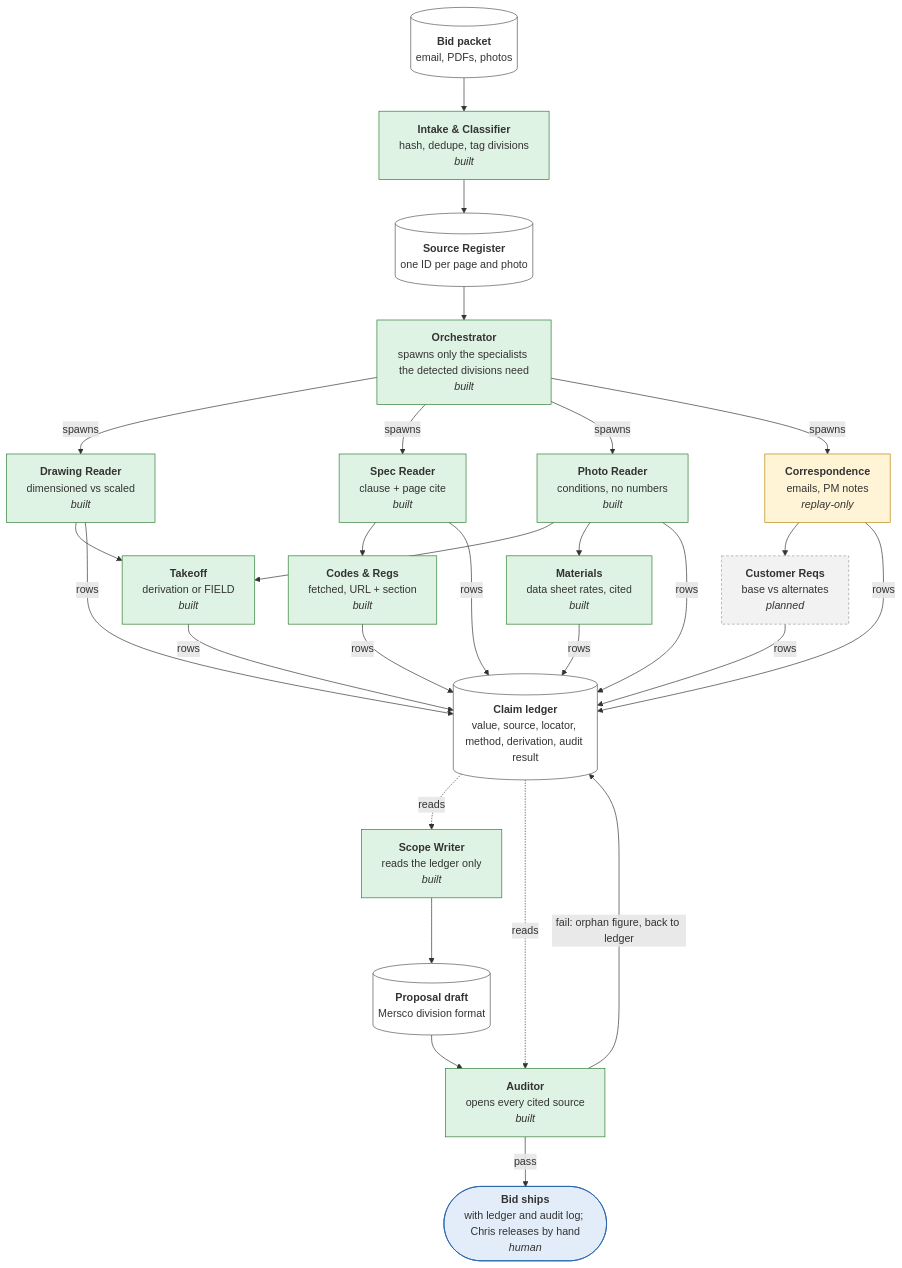
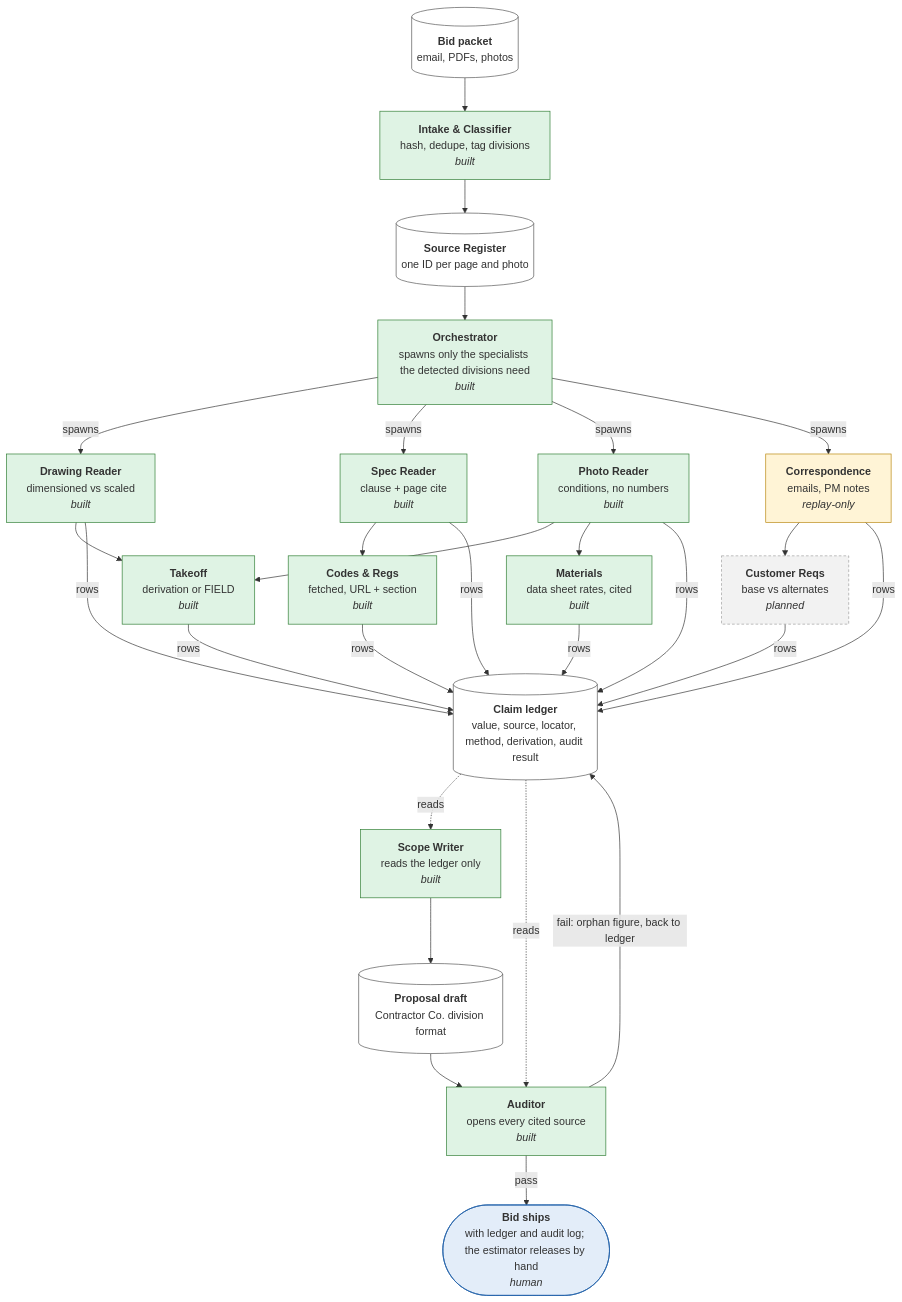
One commit to ScottyN000/ChrisBids changed the diagram in docs/pipeline-dag.md. Above: the diagram before and after it, drawn with Mermaid. The commit also changed other lines of this file and 53 other files, not shown here.

````diff
--- a/docs/pipeline-dag.md
+++ b/docs/pipeline-dag.md
@@ -9,56 +9,56 @@
 ```mermaid
 flowchart TD
     packet[("<b>Bid packet</b><br/>email, PDFs, photos")]
     intake["<b>Intake & Classifier</b><br/>hash, dedupe, tag divisions<br/><i>built</i>"]
     register[("<b>Source Register</b><br/>one ID per page and photo")]
     orchestrator["<b>Orchestrator</b><br/>spawns only the specialists the detected divisions need<br/><i>built</i>"]
     drawing["<b>Drawing Reader</b><br/>dimensioned vs scaled<br/><i>built</i>"]
     spec["<b>Spec Reader</b><br/>clause + page cite<br/><i>built</i>"]
     photo["<b>Photo Reader</b><br/>conditions, no numbers<br/><i>built</i>"]
     correspondence["<b>Correspondence</b><br/>emails, PM notes<br/><i>replay-only</i>"]
     takeoff["<b>Takeoff</b><br/>derivation or FIELD<br/><i>built</i>"]
     codes["<b>Codes & Regs</b><br/>fetched, URL + section<br/><i>built</i>"]
     materials["<b>Materials</b><br/>data sheet rates, cited<br/><i>built</i>"]
     customer["<b>Customer Reqs</b><br/>base vs alternates<br/><i>planned</i>"]
     ledger[("<b>Claim ledger</b><br/>value, source, locator, method, derivation, audit result")]
     scope_writer["<b>Scope Writer</b><br/>reads the ledger only<br/><i>built</i>"]
-    draft[("<b>Proposal draft</b><br/>Mersco division format")]
+    draft[("<b>Proposal draft</b><br/>Contractor Co. division format")]
     auditor["<b>Auditor</b><br/>opens every cited source<br/><i>built</i>"]
-    ships(["<b>Bid ships</b><br/>with ledger and audit log; Chris releases by hand<br/><i>human</i>"])
+    ships(["<b>Bid ships</b><br/>with ledger and audit log; the estimator releases by hand<br/><i>human</i>"])
     packet --> intake
     intake --> register
     register --> orchestrator
     orchestrator -->|spawns| drawing
     orchestrator -->|spawns| spec
     orchestrator -->|spawns| photo
     orchestrator -->|spawns| correspondence
     drawing --> takeoff
     photo --> takeoff
     spec --> codes
     photo --> materials
     correspondence --> customer
     drawing -->|rows| ledger
     spec -->|rows| ledger
     photo -->|rows| ledger
     correspondence -->|rows| ledger
     takeoff -->|rows| ledger
     codes -->|rows| ledger
     materials -->|rows| ledger
     customer -->|rows| ledger
     ledger -.->|reads| scope_writer
     scope_writer --> draft
     draft --> auditor
     ledger -.->|reads| auditor
     auditor -->|fail: orphan figure, back to ledger| ledger
     auditor -->|pass| ships
     classDef built fill:#dff3e4,stroke:#2e7d32
     classDef replay fill:#fff4d6,stroke:#b8860b
     classDef planned fill:#f2f2f2,stroke:#9e9e9e,stroke-dasharray: 4 3
     classDef human fill:#e3edf9,stroke:#1f5fa8
     classDef data fill:#ffffff,stroke:#555
     class intake,orchestrator,drawing,spec,photo,takeoff,codes,materials,scope_writer,auditor built
     class correspondence replay
     class customer planned
     class ships human
     class packet,register,ledger,draft data
 ```
````
